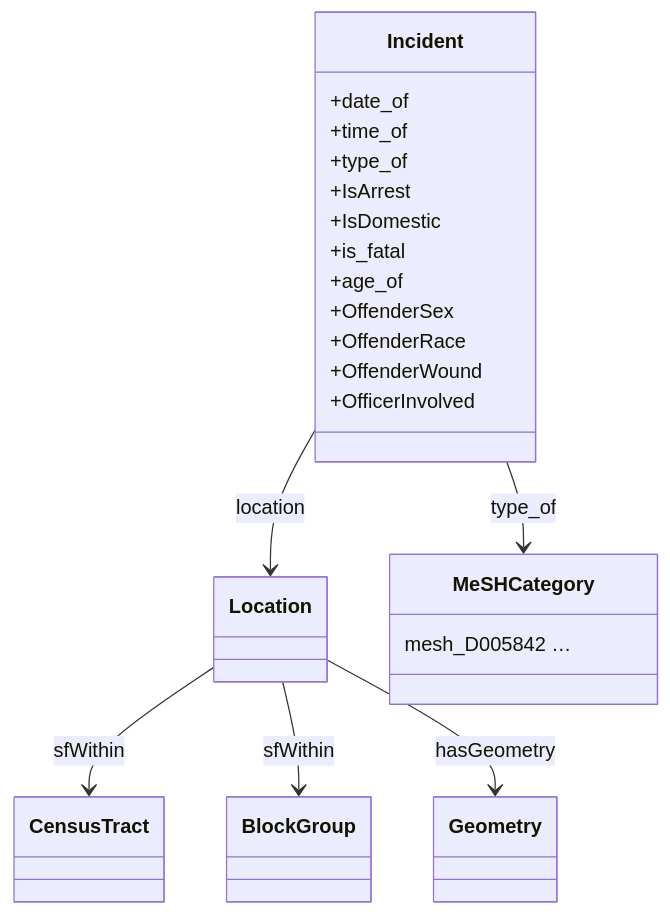
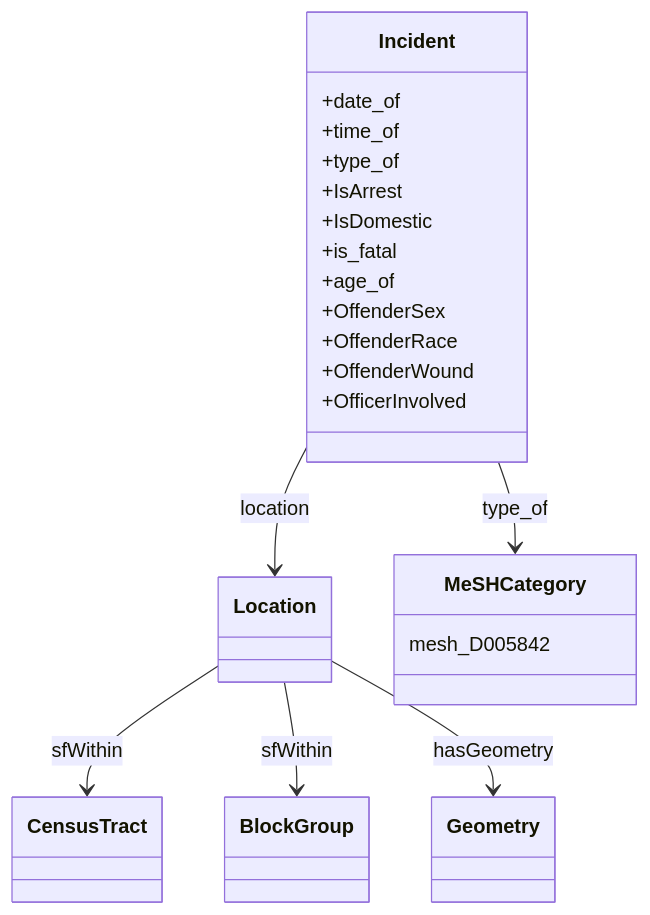
The diagram in docs/examples/nikg_overview.md (sbl-sdsc/mcp-proto-okn), drawn with Mermaid before and after one commit. The commit also changed 2 other files, not shown here.

Commit message:
Fix Mermaid render errors in KG overview diagrams
GitHub's Mermaid renderer rejected namespace-prefixed colons and a
parenthetical relation label. Strip `prefix:localname` to `localname`
inside classDiagram blocks (pubchem-annotations, nikg) and remove
parentheses from a wildlifekn relation label. Prose is unchanged.

````diff
--- a/docs/examples/nikg_overview.md
+++ b/docs/examples/nikg_overview.md
@@ -47,29 +47,29 @@
 ```mermaid
 classDiagram
     class Incident {
         +date_of
         +time_of
         +type_of
         +IsArrest
         +IsDomestic
         +is_fatal
         +age_of
         +OffenderSex
         +OffenderRace
         +OffenderWound
         +OfficerInvolved
     }
     class Location
     class CensusTract
     class BlockGroup
     class MeSHCategory {
-        mesh_D005842 …
+    mesh_D005842
     }
     class Geometry
 
     Incident --> Location : location
     Incident --> MeSHCategory : type_of
     Location --> CensusTract : sfWithin
     Location --> BlockGroup : sfWithin
     Location --> Geometry : hasGeometry
 ```
````
